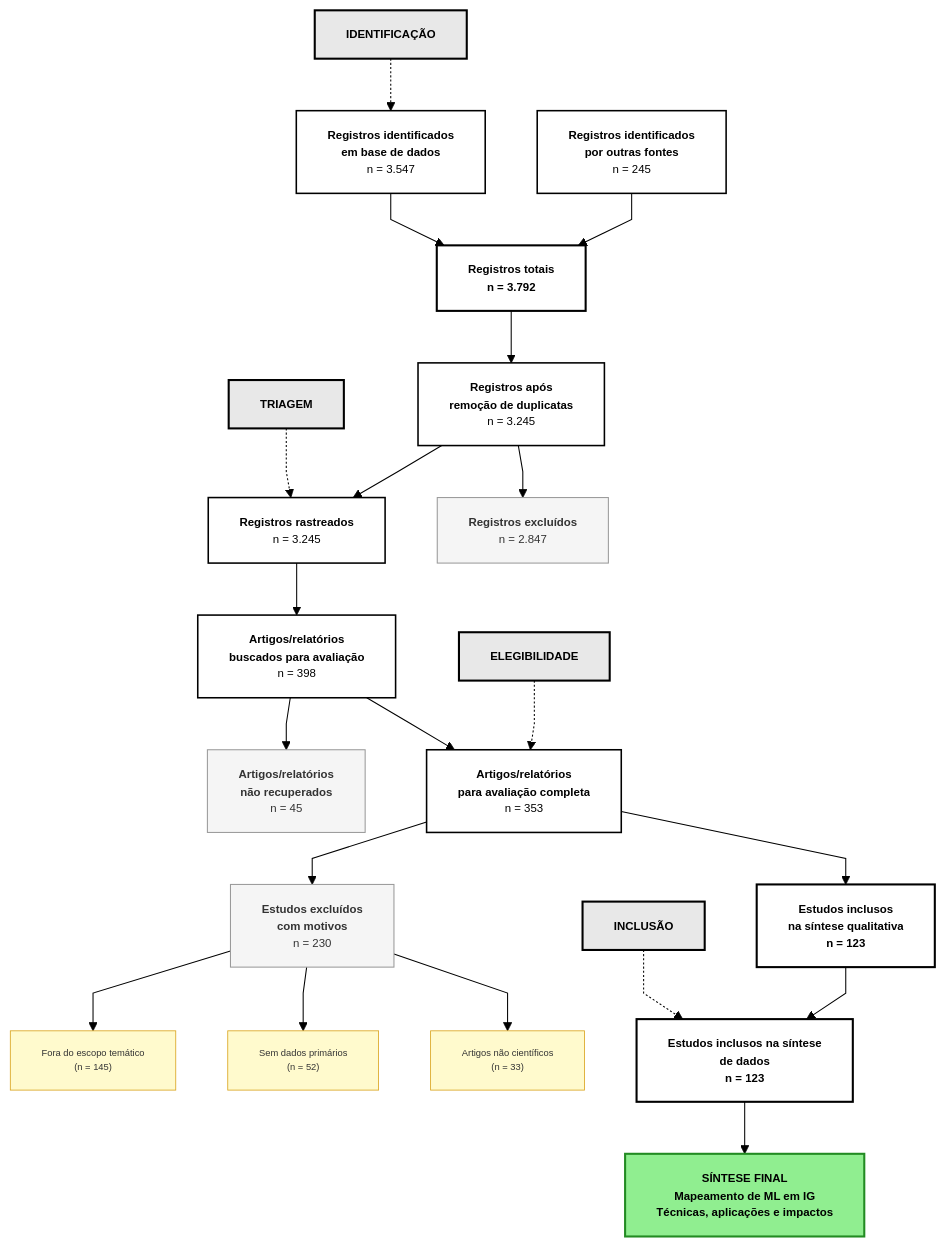
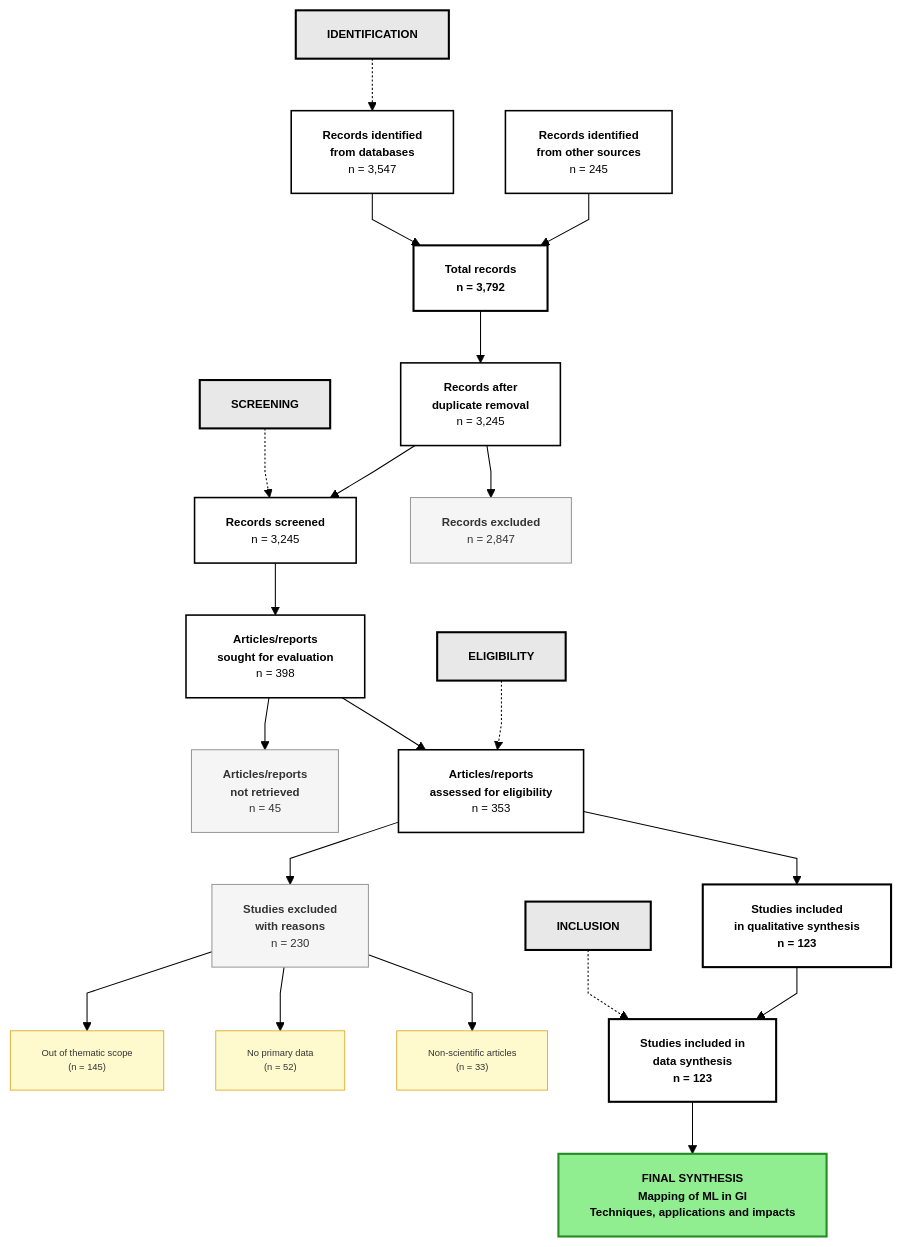
The diagram in 1-MANUSCRITO/2-FIGURAS/prisma_flowdiagram_2.mmd (ldvsantos-uefs/revisaoescopo), drawn with Mermaid before and after one commit. The commit also changed 78 other files, not shown here.

First line of the commit message:
feat: Tradução completa para inglês acadêmico e organização de figuras

```diff
--- a/1-MANUSCRITO/2-FIGURAS/prisma_flowdiagram_2.mmd
+++ b/1-MANUSCRITO/2-FIGURAS/prisma_flowdiagram_2.mmd
@@ -1,77 +1,77 @@
 %%{init: {'theme': 'base', 'themeVariables': { 'fontSize': '11px', 'fontFamily': 'arial', 'primaryColor': '#FFFFFF', 'primaryBorderColor': '#000000', 'lineColor': '#000000', 'tertiaryColor': '#F0F0F0', 'tertiaryTextColor': '#000000'}, 'flowchart': {'useMaxWidth': true, 'htmlLabels': true, 'curve': 'linear'}}}%%
 
 flowchart TD
     
-    %% SEÇÃO IDENTIFICAÇÃO
-    IDENT["<b>IDENTIFICAÇÃO</b>"]
+    %% IDENTIFICATION SECTION
+    IDENT["<b>IDENTIFICATION</b>"]
     
-    DB["<b>Registros identificados<br/>em base de dados</b><br/>n = 3.547"]
-    REGISTER["<b>Registros identificados<br/>por outras fontes</b><br/>n = 245"]
+    DB["<b>Records identified<br/>from databases</b><br/>n = 3,547"]
+    REGISTER["<b>Records identified<br/>from other sources</b><br/>n = 245"]
     
-    DB --> TOTAL["<b>Registros totais</b><br/>n = 3.792"]
+    DB --> TOTAL["<b>Total records</b><br/>n = 3,792"]
     REGISTER --> TOTAL
     
-    %% SEÇÃO TRIAGEM
-    SCREEN["<b>TRIAGEM</b>"]
+    %% SCREENING SECTION
+    SCREEN["<b>SCREENING</b>"]
     
-    TOTAL --> DEDUP["<b>Registros após<br/>remoção de duplicatas</b><br/>n = 3.245"]
+    TOTAL --> DEDUP["<b>Records after<br/>duplicate removal</b><br/>n = 3,245"]
     
-    DEDUP --> SCREENED["<b>Registros rastreados</b><br/>n = 3.245"]
-    DEDUP --> EXCLUDED_SCREEN["<b>Registros excluídos</b><br/>n = 2.847"]
+    DEDUP --> SCREENED["<b>Records screened</b><br/>n = 3,245"]
+    DEDUP --> EXCLUDED_SCREEN["<b>Records excluded</b><br/>n = 2,847"]
     
-    SCREENED --> SOUGHT["<b>Artigos/relatórios<br/>buscados para avaliação</b><br/>n = 398"]
+    SCREENED --> SOUGHT["<b>Articles/reports<br/>sought for evaluation</b><br/>n = 398"]
     
-    %% SEÇÃO ELEGIBILIDADE  
-    ELIGIBLE["<b>ELEGIBILIDADE</b>"]
+    %% ELIGIBILITY SECTION  
+    ELIGIBLE["<b>ELIGIBILITY</b>"]
     
-    SOUGHT --> NOT_RETRIEVED["<b>Artigos/relatórios<br/>não recuperados</b><br/>n = 45"]
-    SOUGHT --> ASSESSED["<b>Artigos/relatórios<br/>para avaliação completa</b><br/>n = 353"]
+    SOUGHT --> NOT_RETRIEVED["<b>Articles/reports<br/>not retrieved</b><br/>n = 45"]
+    SOUGHT --> ASSESSED["<b>Articles/reports<br/>assessed for eligibility</b><br/>n = 353"]
     
-    ASSESSED --> EXCLUDED_FULL["<b>Estudos excluídos<br/>com motivos</b><br/>n = 230"]
+    ASSESSED --> EXCLUDED_FULL["<b>Studies excluded<br/>with reasons</b><br/>n = 230"]
     
-    EXCLUDED_FULL --> REASON1["Fora do escopo temático<br/>(n = 145)"]
-    EXCLUDED_FULL --> REASON2["Sem dados primários<br/>(n = 52)"]
-    EXCLUDED_FULL --> REASON3["Artigos não científicos<br/>(n = 33)"]
+    EXCLUDED_FULL --> REASON1["Out of thematic scope<br/>(n = 145)"]
+    EXCLUDED_FULL --> REASON2["No primary data<br/>(n = 52)"]
+    EXCLUDED_FULL --> REASON3["Non-scientific articles<br/>(n = 33)"]
     
-    %% SEÇÃO INCLUSÃO
-    INCLUDE["<b>INCLUSÃO</b>"]
+    %% INCLUSION SECTION
+    INCLUDE["<b>INCLUSION</b>"]
     
-    ASSESSED --> INCLUDED["<b>Estudos inclusos<br/>na síntese qualitativa</b><br/>n = 123"]
+    ASSESSED --> INCLUDED["<b>Studies included<br/>in qualitative synthesis</b><br/>n = 123"]
     
-    INCLUDED --> SYNTHESIS["<b>Estudos inclusos na síntese<br/>de dados</b><br/>n = 123"]
+    INCLUDED --> SYNTHESIS["<b>Studies included in<br/>data synthesis</b><br/>n = 123"]
     
-    SYNTHESIS --> OUTPUT["<b>SÍNTESE FINAL</b><br/>Mapeamento de ML em IG<br/>Técnicas, aplicações e impactos"]
+    SYNTHESIS --> OUTPUT["<b>FINAL SYNTHESIS</b><br/>Mapping of ML in GI<br/>Techniques, applications and impacts"]
     
     %% Posicionamento das seções
     IDENT -.-> DB
     SCREEN -.-> SCREENED
     ELIGIBLE -.-> ASSESSED
     INCLUDE -.-> SYNTHESIS
     
     %% Estilos - SEÇÕES
     style IDENT fill:#E8E8E8,stroke:#000,stroke-width:2px,color:#000,font-weight:bold,text-align:center
     style SCREEN fill:#E8E8E8,stroke:#000,stroke-width:2px,color:#000,font-weight:bold,text-align:center
     style ELIGIBLE fill:#E8E8E8,stroke:#000,stroke-width:2px,color:#000,font-weight:bold,text-align:center
     style INCLUDE fill:#E8E8E8,stroke:#000,stroke-width:2px,color:#000,font-weight:bold,text-align:center
     
     %% Estilos - CAIXAS BRANCAS (Processo/Resultado)
     style DB fill:#FFFFFF,stroke:#000,stroke-width:1.5px,color:#000
     style REGISTER fill:#FFFFFF,stroke:#000,stroke-width:1.5px,color:#000
     style TOTAL fill:#FFFFFF,stroke:#000,stroke-width:2px,color:#000,font-weight:bold
     
     style DEDUP fill:#FFFFFF,stroke:#000,stroke-width:1.5px,color:#000
     style SCREENED fill:#FFFFFF,stroke:#000,stroke-width:1.5px,color:#000
     style EXCLUDED_SCREEN fill:#F5F5F5,stroke:#999,stroke-width:1px,color:#333
     style SOUGHT fill:#FFFFFF,stroke:#000,stroke-width:1.5px,color:#000
     
     style NOT_RETRIEVED fill:#F5F5F5,stroke:#999,stroke-width:1px,color:#333
     style ASSESSED fill:#FFFFFF,stroke:#000,stroke-width:1.5px,color:#000
     style EXCLUDED_FULL fill:#F5F5F5,stroke:#999,stroke-width:1px,color:#333
     
     style REASON1 fill:#FFFACD,stroke:#DAA520,stroke-width:0.8px,color:#333,font-size:9px
     style REASON2 fill:#FFFACD,stroke:#DAA520,stroke-width:0.8px,color:#333,font-size:9px
     style REASON3 fill:#FFFACD,stroke:#DAA520,stroke-width:0.8px,color:#333,font-size:9px
     
     style INCLUDED fill:#FFFFFF,stroke:#000,stroke-width:2px,color:#000,font-weight:bold
     style SYNTHESIS fill:#FFFFFF,stroke:#000,stroke-width:2px,color:#000,font-weight:bold
     style OUTPUT fill:#90EE90,stroke:#228B22,stroke-width:2px,color:#000,font-weight:bold
```
